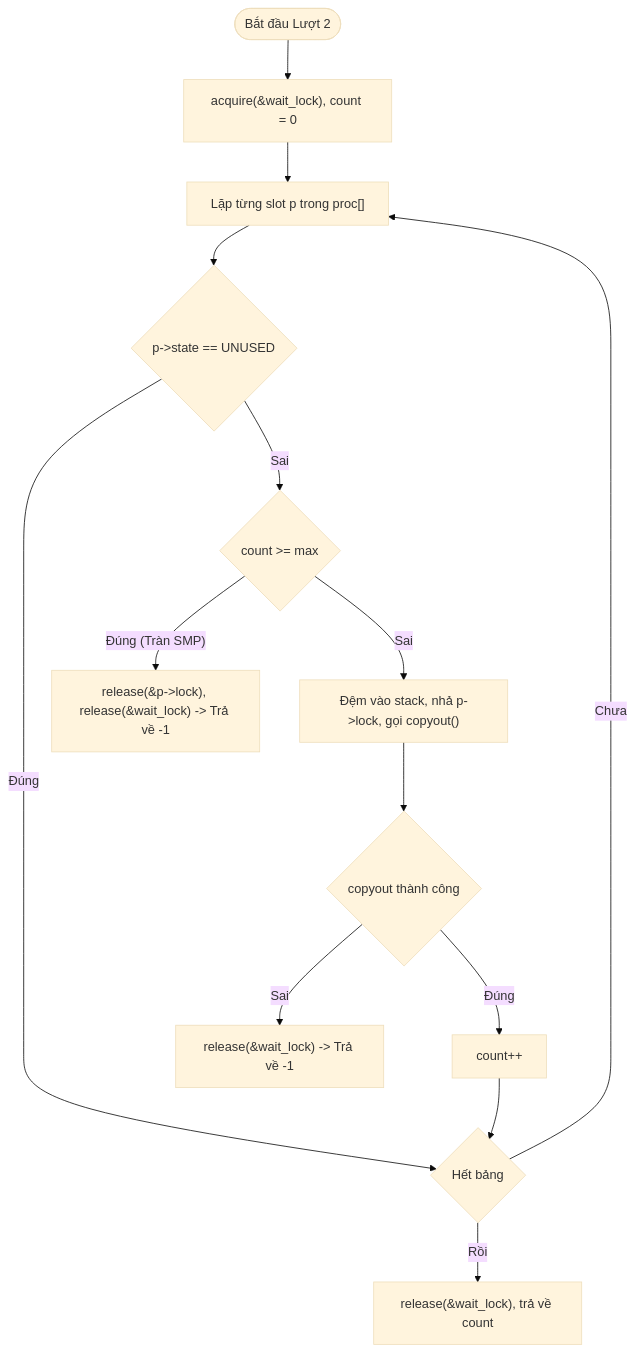
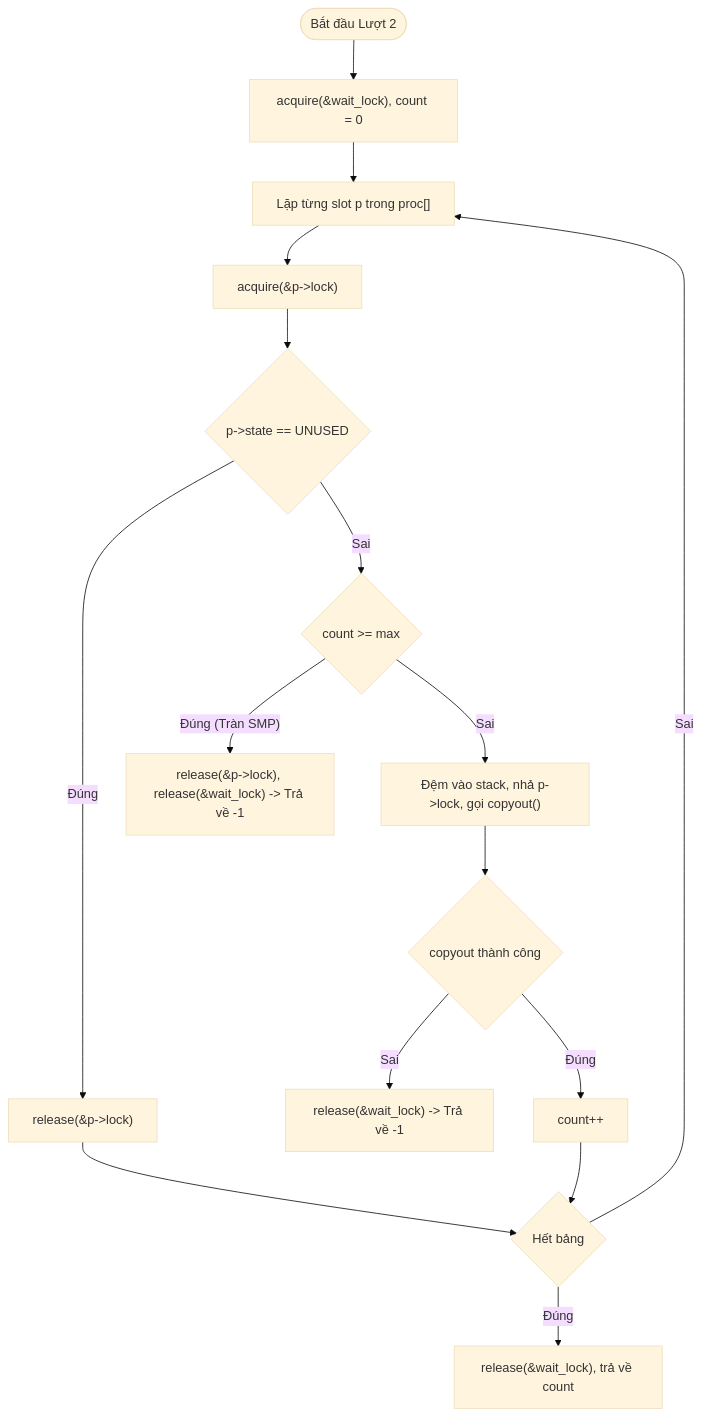
One commit to zetomis-was-taken/xv6_lab02 changed the third of 3 diagrams in report_ptree.md. Above: the diagram before and after it, drawn with Mermaid (base theme). The commit also changed other lines of this file and 1 other file, not shown here.

````diff
--- a/report_ptree.md
+++ b/report_ptree.md
@@ -111,18 +111,18 @@
 ```mermaid
 flowchart TD
     FromPass1(["Bắt đầu Lượt 2"]) --> LockWait["acquire(&wait_lock), count = 0"]
     LockWait --> Loop["Lặp từng slot p trong proc[]"]
-    Loop --> SkipUnused{"p->state == UNUSED "}
-    SkipUnused -- "Đúng" --> CheckEnd{"Hết bảng "}
+    Loop --> LockP["acquire(&p->lock)"] --> SkipUnused{"p->state == UNUSED "}
+    SkipUnused -- "Đúng" --> ReleaseUnused["release(&p->lock)"] --> CheckEnd{"Hết bảng "}
     
     SkipUnused -- "Sai" --> Guard{"count >= max "}
     Guard -- "Đúng (Tràn SMP)" --> ExitErr["release(&p->lock), release(&wait_lock) -> Trả về -1"]
     
     Guard -- "Sai" --> CopyStep["Đệm vào stack, nhả p->lock, gọi copyout()"]
     CopyStep --> CheckCopy{"copyout thành công "}
     CheckCopy -- "Sai" --> ExitCopyErr["release(&wait_lock) -> Trả về -1"]
     CheckCopy -- "Đúng" --> Inc["count++"] --> CheckEnd
     
-    CheckEnd -- "Chưa" --> Loop
-    CheckEnd -- "Rồi" --> ExitOk["release(&wait_lock), trả về count"]
+    CheckEnd -- "Sai" --> Loop
+    CheckEnd -- "Đúng" --> ExitOk["release(&wait_lock), trả về count"]
 ```
````
